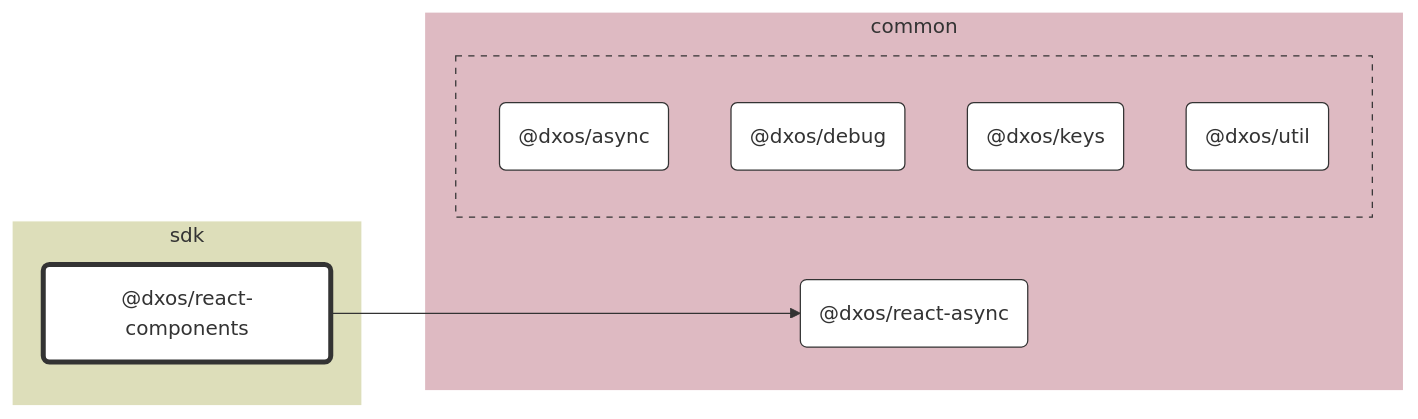
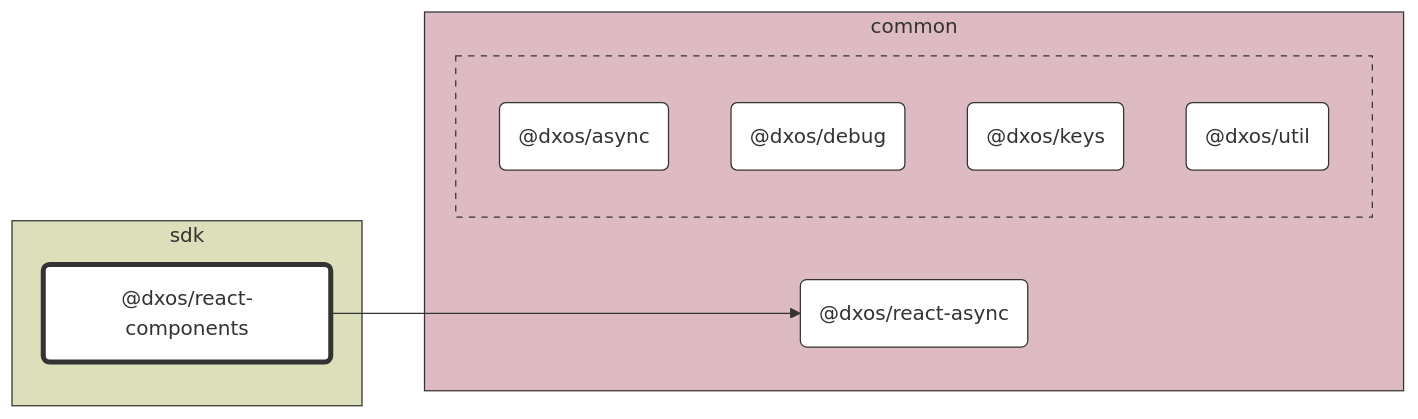
Before and after one commit to dxos/dxos: the diagram in packages/sdk/react-components/docs/README.md, drawn with Mermaid. The commit also changed 89 other files, not shown here.

````diff
--- a/packages/sdk/react-components/docs/README.md
+++ b/packages/sdk/react-components/docs/README.md
@@ -7,39 +7,39 @@
 ```mermaid
 %%{ init: {'flowchart':{'curve':'basis'}} }%%
 
 flowchart LR
 
 %% Classes
 classDef def fill:#fff,stroke:#333,stroke-width:1px
 classDef root fill:#fff,stroke:#333,stroke-width:4px
 
 %% Nodes
 
 subgraph sdk [sdk]
-  style sdk fill:#dddeba,stroke:#fff
+  style sdk fill:#dddeba,stroke:#333
   dxos/react-components("@dxos/react-components"):::root
   click dxos/react-components "dxos/dxos/tree/main/packages/sdk/react-components/docs"
 end
 
 subgraph common [common]
-  style common fill:#debac2,stroke:#fff
+  style common fill:#debac2,stroke:#333
   dxos/react-async("@dxos/react-async"):::def
   click dxos/react-async "dxos/dxos/tree/main/packages/common/react-async/docs"
 
-  subgraph common-excluded [ ]
-    style common-excluded fill:#debac2,stroke:#333,stroke-dasharray:5 5
+  subgraph _ [ ]
+    style _ fill:#debac2,stroke:#333,stroke-dasharray:5 5
     dxos/async("@dxos/async"):::def
     click dxos/async "dxos/dxos/tree/main/packages/common/async/docs"
     dxos/debug("@dxos/debug"):::def
     click dxos/debug "dxos/dxos/tree/main/packages/common/debug/docs"
     dxos/keys("@dxos/keys"):::def
     click dxos/keys "dxos/dxos/tree/main/packages/common/keys/docs"
     dxos/util("@dxos/util"):::def
     click dxos/util "dxos/dxos/tree/main/packages/common/util/docs"
   end
 end
 
 %% Links
 linkStyle default stroke:#333,stroke-width:1px
 dxos/react-components --> dxos/react-async
 ```
````
